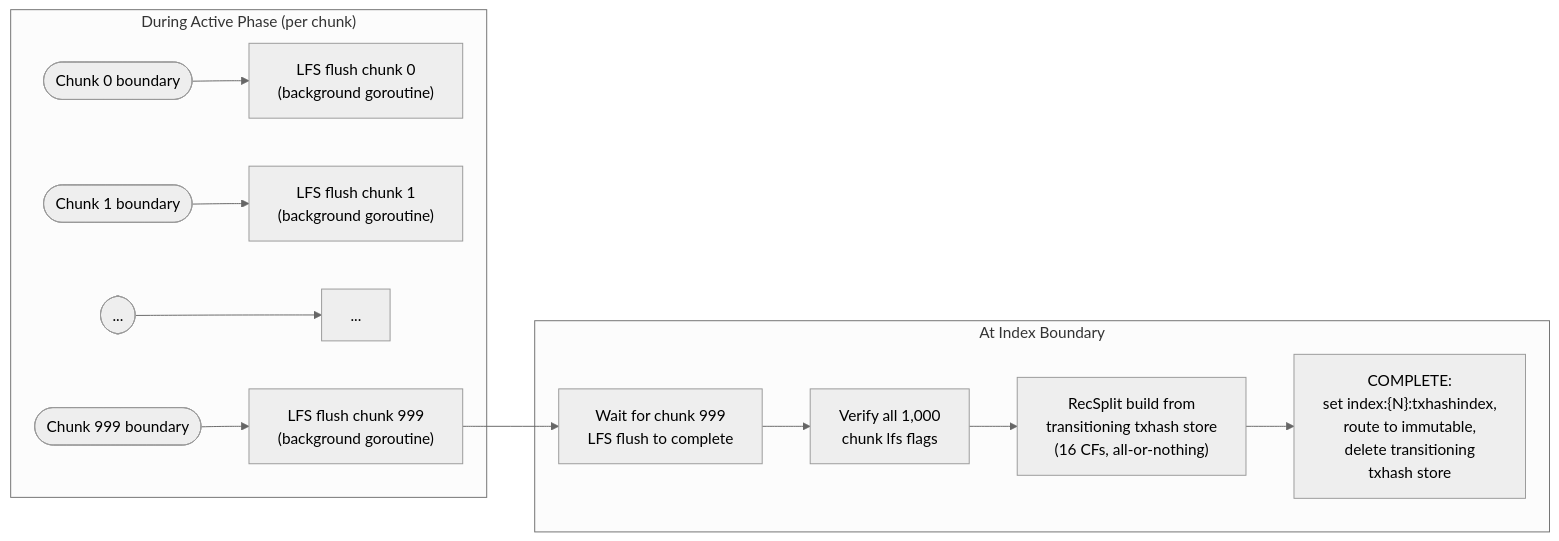
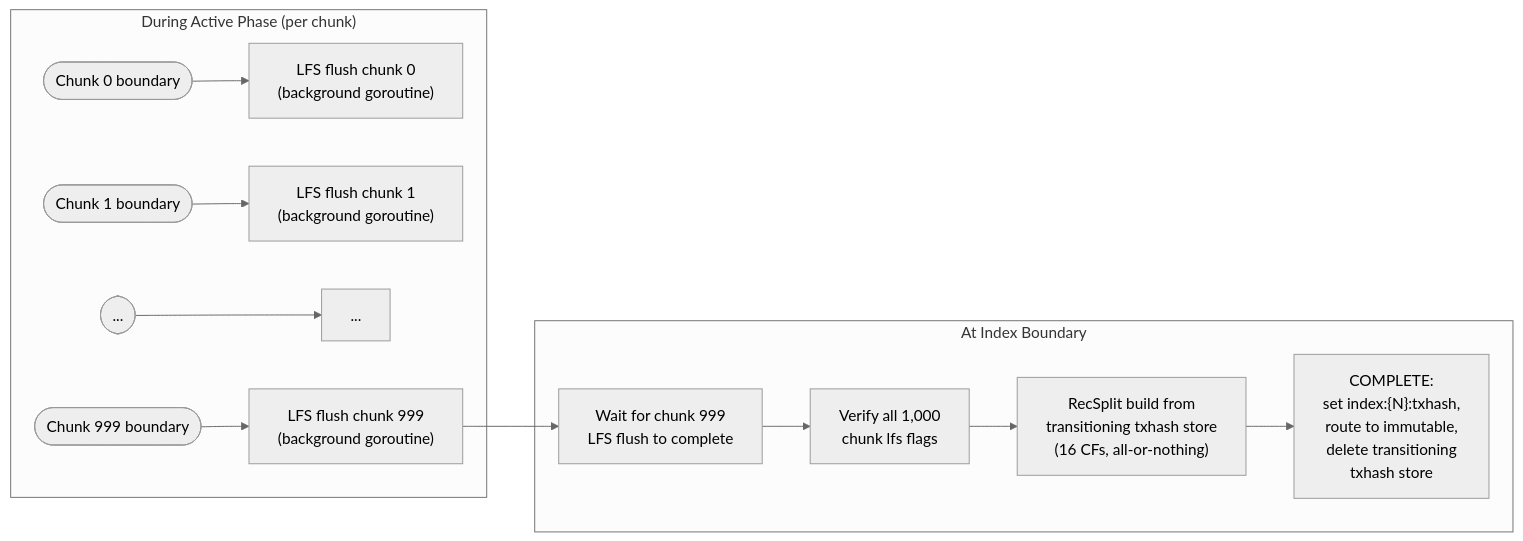
Before and after one commit to stellar/stellar-rpc: the fifth of 5 diagrams in full-history/design-docs/04-streaming-and-transition.md, drawn with Mermaid (neutral theme). The commit also changed other lines of this file and 34 other files, not shown here.

Commit message:
refactor: align with PR #617 review — index:%010d:txhash key, chunks_per_txhash_index config

````diff
--- a/full-history/design-docs/04-streaming-and-transition.md
+++ b/full-history/design-docs/04-streaming-and-transition.md
@@ -319,17 +319,17 @@
 ```mermaid
 flowchart LR
     subgraph ACTIVE["During Active Phase (per chunk)"]
         C0(["Chunk 0 boundary"]) --> LFS0["LFS flush chunk 0<br/>(background goroutine)"]
         C1(["Chunk 1 boundary"]) --> LFS1["LFS flush chunk 1<br/>(background goroutine)"]
         CN(["..."]) --> LFSN["..."]
         C999(["Chunk 999 boundary"]) --> LFS999["LFS flush chunk 999<br/>(background goroutine)"]
     end
 
     subgraph INDEX_BOUNDARY["At Index Boundary"]
         WAIT_LAST["Wait for chunk 999<br/>LFS flush to complete"] --> VERIFY_ALL["Verify all 1,000<br/>chunk lfs flags"]
         VERIFY_ALL --> RS_BUILD["RecSplit build from<br/>transitioning txhash store<br/>(16 CFs, all-or-nothing)"]
-        RS_BUILD --> COMPLETE_INDEX["COMPLETE:<br/>set index:{N}:txhashindex,<br/>route to immutable,<br/>delete transitioning<br/>txhash store"]
+        RS_BUILD --> COMPLETE_INDEX["COMPLETE:<br/>set index:{N}:txhash,<br/>route to immutable,<br/>delete transitioning<br/>txhash store"]
     end
 
     LFS999 --> WAIT_LAST
 ```
````
